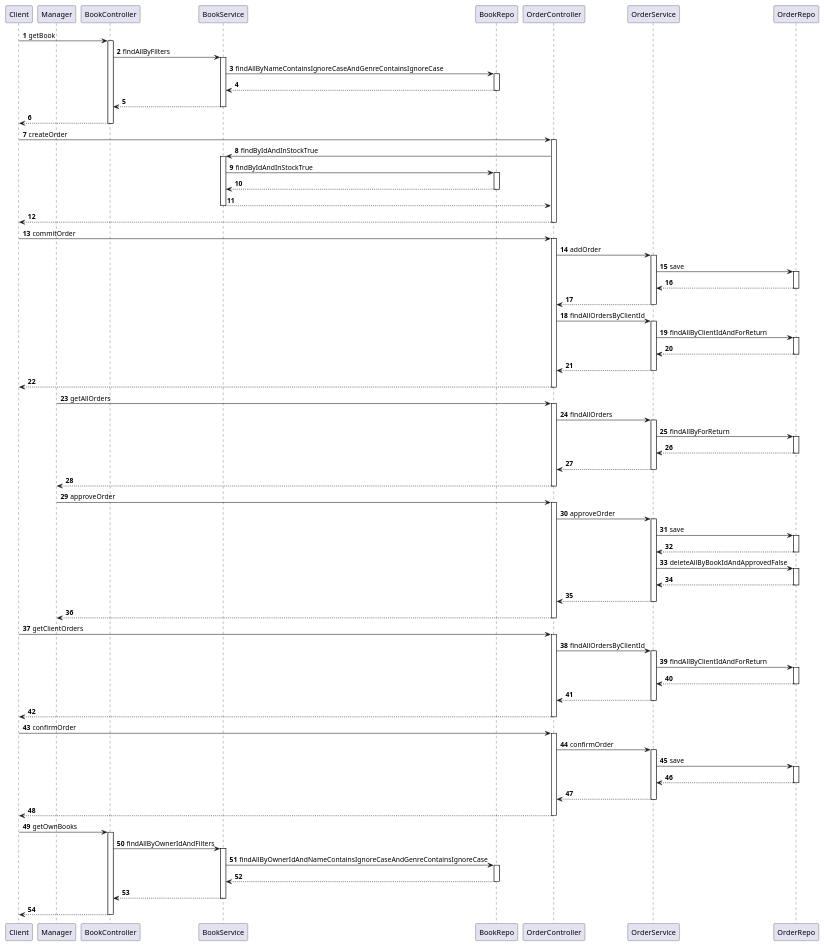
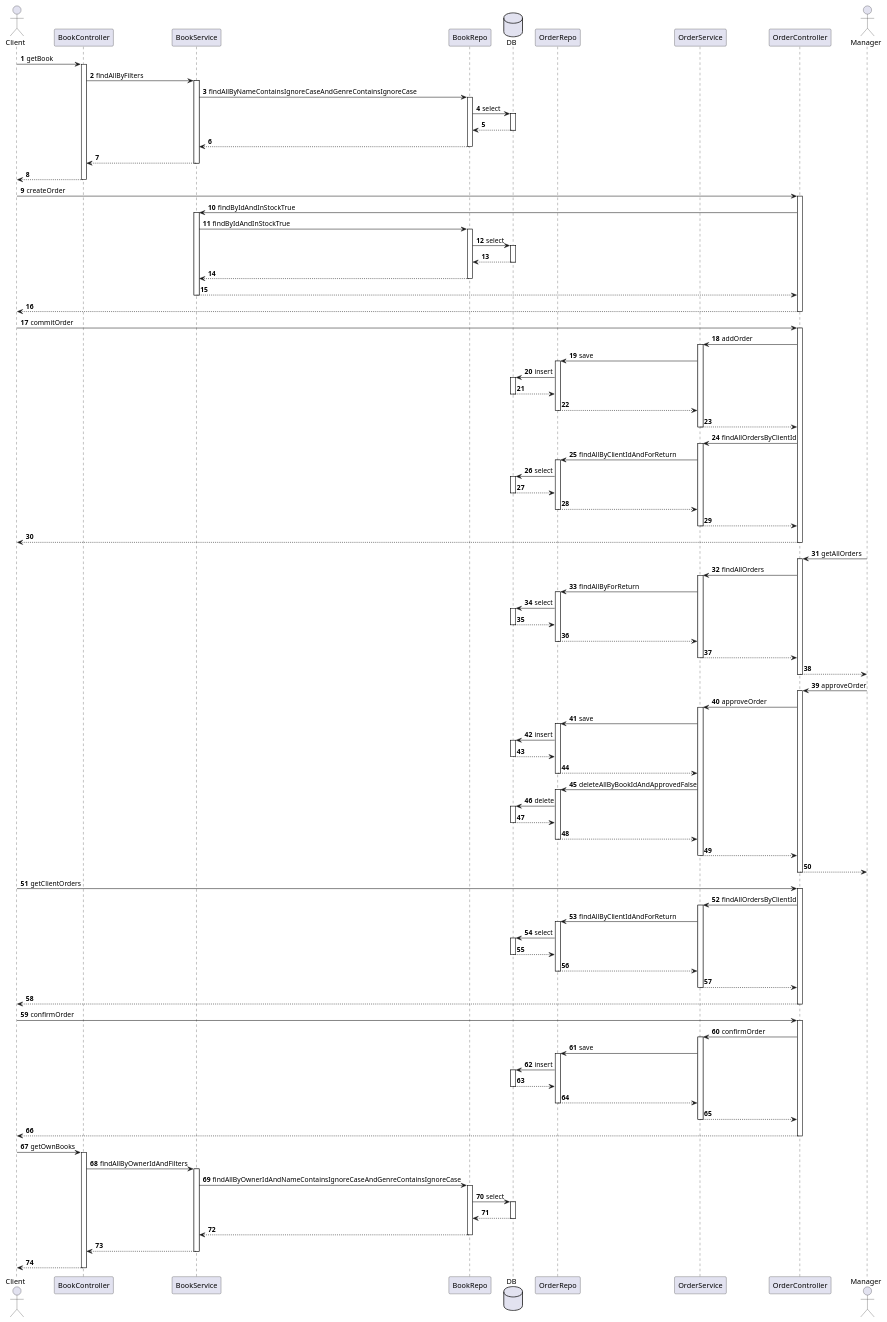
One commit to RepNazar/libcontrol changed the diagram in docs/uml/sequence/OrderSeq.puml. Above: the diagram before and after it, drawn with PlantUML. The commit also changed 8 other files, not shown here.

```diff
--- a/docs/uml/sequence/OrderSeq.puml
+++ b/docs/uml/sequence/OrderSeq.puml
@@ -1,126 +1,178 @@
 @startuml
 
-participant Client
-participant Manager
+actor Client
+
+participant BookController
+participant BookService
+participant BookRepo
+
+database DB
+
+participant OrderRepo
+participant OrderService
+participant OrderController
+
+actor Manager
+
 
 autonumber
 
 Client -> BookController : getBook
 activate BookController
     BookController -> BookService : findAllByFilters
     activate BookService
         BookService -> BookRepo : findAllByNameContainsIgnoreCaseAndGenreContainsIgnoreCase
         activate BookRepo
+            BookRepo -> DB : select
+            activate DB
+                DB --> BookRepo
+            deactivate DB
             BookRepo --> BookService
         deactivate BookRepo
         BookService --> BookController
     deactivate BookService
     BookController --> Client
 deactivate BookController
 
 Client -> OrderController : createOrder
 activate OrderController
     OrderController -> BookService : findByIdAndInStockTrue
     activate BookService
         BookService -> BookRepo : findByIdAndInStockTrue
         activate BookRepo
+            BookRepo -> DB : select
+            activate DB
+                DB --> BookRepo
+            deactivate DB
             BookRepo --> BookService
         deactivate BookRepo
         BookService --> OrderController
     deactivate BookService
     OrderController --> Client
 deactivate OrderController
 
 Client -> OrderController : commitOrder
 activate OrderController
     OrderController -> OrderService : addOrder
     activate OrderService
         OrderService -> OrderRepo : save
         activate OrderRepo
+            OrderRepo -> DB : insert
+            activate DB
+                DB --> OrderRepo
+            deactivate DB
             OrderRepo --> OrderService
         deactivate OrderRepo
         OrderService --> OrderController
     deactivate OrderService
     OrderController -> OrderService : findAllOrdersByClientId
     activate OrderService
         OrderService -> OrderRepo : findAllByClientIdAndForReturn
         activate OrderRepo
+            OrderRepo -> DB : select
+            activate DB
+                DB --> OrderRepo
+            deactivate DB
             OrderRepo --> OrderService
         deactivate OrderRepo
         OrderService --> OrderController
     deactivate OrderService
     OrderController --> Client
 deactivate OrderController
 
 
 Manager -> OrderController : getAllOrders
 activate OrderController
     OrderController -> OrderService : findAllOrders
     activate OrderService
         OrderService -> OrderRepo : findAllByForReturn
         activate OrderRepo
+            OrderRepo -> DB : select
+            activate DB
+                DB --> OrderRepo
+            deactivate DB
             OrderRepo --> OrderService
         deactivate OrderRepo
         OrderService --> OrderController
     deactivate OrderService
     OrderController --> Manager
 deactivate OrderController
 
 Manager -> OrderController : approveOrder
 activate OrderController
     OrderController -> OrderService : approveOrder
     activate OrderService
         OrderService -> OrderRepo : save
         activate OrderRepo
+            OrderRepo -> DB : insert
+            activate DB
+                DB --> OrderRepo
+            deactivate DB
             OrderRepo --> OrderService
         deactivate OrderRepo
         OrderService -> OrderRepo : deleteAllByBookIdAndApprovedFalse
         activate OrderRepo
+            OrderRepo -> DB : delete
+            activate DB
+                DB --> OrderRepo
+            deactivate DB
             OrderRepo --> OrderService
         deactivate OrderRepo
         OrderService --> OrderController
     deactivate OrderService
     OrderController --> Manager
 deactivate OrderController
 
 
 Client -> OrderController : getClientOrders
 activate OrderController
     OrderController -> OrderService : findAllOrdersByClientId
     activate OrderService
         OrderService -> OrderRepo : findAllByClientIdAndForReturn
         activate OrderRepo
+            OrderRepo -> DB : select
+            activate DB
+                DB --> OrderRepo
+            deactivate DB
             OrderRepo --> OrderService
         deactivate OrderRepo
         OrderService --> OrderController
     deactivate OrderService
     OrderController --> Client
 deactivate OrderController
 
 Client -> OrderController : confirmOrder
 activate OrderController
     OrderController -> OrderService : confirmOrder
     activate OrderService
         OrderService -> OrderRepo : save
         activate OrderRepo
+            OrderRepo -> DB : insert
+            activate DB
+                DB --> OrderRepo
+            deactivate DB
             OrderRepo --> OrderService
         deactivate OrderRepo
         OrderService --> OrderController
     deactivate OrderService
     OrderController --> Client
 deactivate OrderController
 
 Client -> BookController : getOwnBooks
 activate BookController
     BookController -> BookService : findAllByOwnerIdAndFilters
     activate BookService
         BookService -> BookRepo : findAllByOwnerIdAndNameContainsIgnoreCaseAndGenreContainsIgnoreCase
         activate BookRepo
+            BookRepo -> DB : select
+            activate DB
+                DB --> BookRepo
+            deactivate DB
             BookRepo --> BookService
         deactivate BookRepo
         BookService --> BookController
     deactivate BookService
     BookController --> Client
 deactivate BookController
 
 @enduml
```
